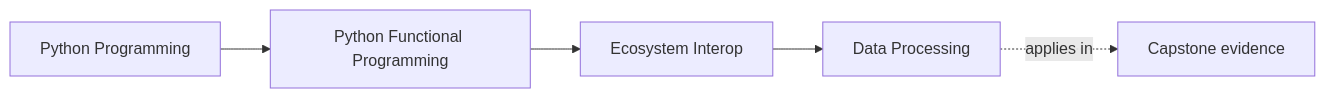
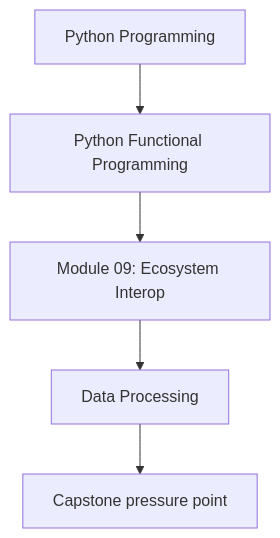
The first of 2 diagrams in programs/python-programming/python-functional-programming/course-book/module-09-ecosystem-interop/data-processing.md (bijux/bijux-masterclass), drawn with Mermaid before and after one commit. The commit also changed other lines of this file and 118 other files, not shown here.

Commit message:
docs(python-functional-programming): align concept page diagrams

````diff
--- a/programs/python-programming/python-functional-programming/course-book/module-09-ecosystem-interop/data-processing.md
+++ b/programs/python-programming/python-functional-programming/course-book/module-09-ecosystem-interop/data-processing.md
@@ -6,11 +6,7 @@
 ```mermaid
-graph LR
-  family["Python Programming"]
-  program["Python Functional Programming"]
-  section["Ecosystem Interop"]
-  page["Data Processing"]
-  capstone["Capstone evidence"]
-
-  family --> program --> section --> page
-  page -.applies in.-> capstone
+flowchart TD
+  family["Python Programming"] --> program["Python Functional Programming"]
+  program --> module["Module 09: Ecosystem Interop"]
+  module --> concept["Data Processing"]
+  concept --> capstone["Capstone pressure point"]
 ```
````
